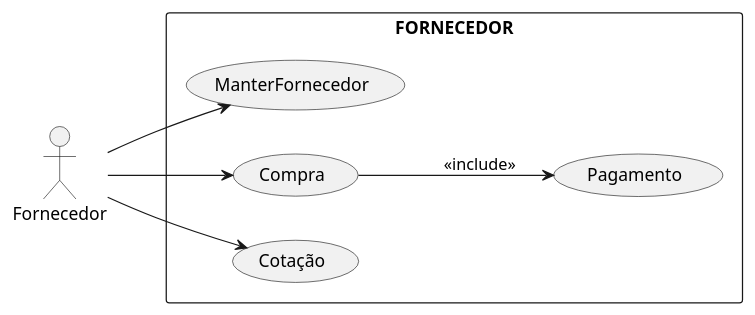
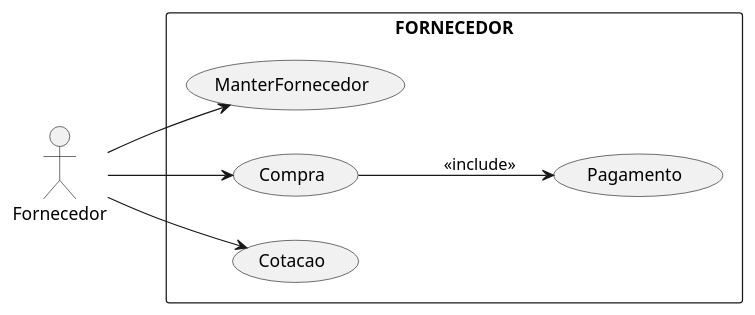
The diagram in Diagramas/CuFornecedor.plantuml (jmcardoso18/2025.1-PI-2-Semestre), drawn with PlantUML before and after one commit. The commit also changed 9 other files, not shown here.

First line of the commit message:
Atualizacao dos diagramas

```diff
--- a/Diagramas/CuFornecedor.plantuml
+++ b/Diagramas/CuFornecedor.plantuml
@@ -1,14 +1,14 @@
 @startuml
 left to right direction
 actor "Fornecedor" as Fornecedor
 rectangle "FORNECEDOR"{
     usecase "ManterFornecedor"as UC2
-    usecase "Compra" as UC6
+    usecase "Compra" as UC8
     usecase "Pagamento" as UC7
-    usecase "Cotação" as UC5  
+    usecase "Cotacao" as UC5  
 }
 Fornecedor --> UC2
 Fornecedor --> UC5
-Fornecedor --> UC6
-UC6 --> UC7:<<include>>
+Fornecedor --> UC8
+UC8 --> UC7:<<include>>
 @enduml
```
